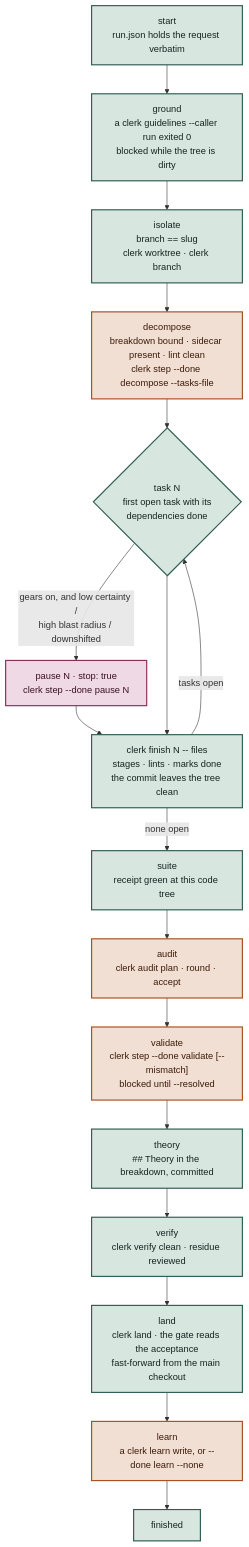
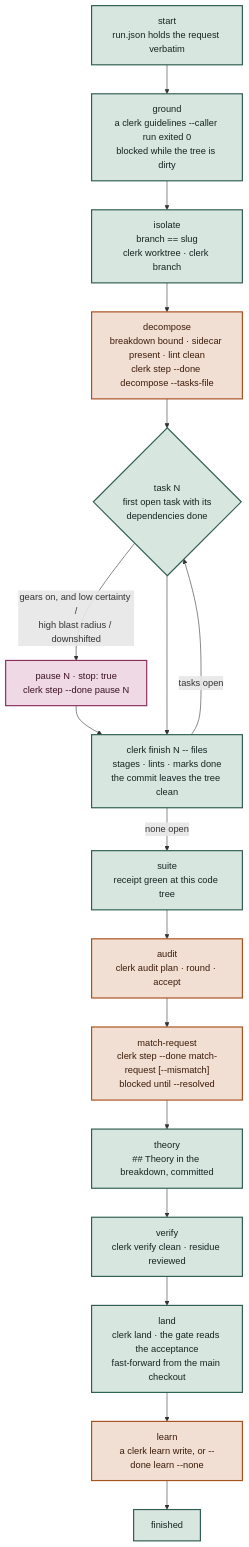
One commit to hpcsc/dotfiles changed the second of 5 diagrams in link/common/dot-config/.config/ai/method/README.md. Above: the diagram before and after it, drawn with Mermaid. The commit also changed other lines of this file and 11 other files, not shown here.

First line of the commit message:
Rename the validate step to match-request

````diff
--- a/link/common/dot-config/.config/ai/method/README.md
+++ b/link/common/dot-config/.config/ai/method/README.md
@@ -118,25 +118,25 @@
 ```mermaid
 flowchart TD
   START["start<br/>run.json holds the request verbatim"] --> GROUND
   GROUND["ground<br/>a clerk guidelines --caller run exited 0<br/>blocked while the tree is dirty"] --> ISOLATE
   ISOLATE["isolate<br/>branch == slug<br/>clerk worktree · clerk branch"] --> PLAN
   PLAN["decompose<br/>breakdown bound · sidecar present · lint clean<br/>clerk step --done decompose --tasks-file"] --> TASK
   TASK{"task N<br/>first open task with its<br/>dependencies done"} -->|"gears on, and low certainty /<br/>high blast radius / downshifted"| TESTS
   TESTS["pause N · stop: true<br/>clerk step --done pause N"] --> BUILD
   TASK --> BUILD["clerk finish N -- files<br/>stages · lints · marks done<br/>the commit leaves the tree clean"]
   BUILD -->|"tasks open"| TASK
   BUILD -->|"none open"| SUITE
   SUITE["suite<br/>receipt green at this code tree"] --> AUDIT
   AUDIT["audit<br/>clerk audit plan · round · accept"] --> VALIDATE
-  VALIDATE["validate<br/>clerk step --done validate [--mismatch]<br/>blocked until --resolved"] --> THEORY
+  VALIDATE["match-request<br/>clerk step --done match-request [--mismatch]<br/>blocked until --resolved"] --> THEORY
   THEORY["theory<br/>## Theory in the breakdown, committed"] --> VERIFY
   VERIFY["verify<br/>clerk verify clean · residue reviewed"] --> LAND
   LAND["land<br/>clerk land · the gate reads the acceptance<br/>fast-forward from the main checkout"] --> LEARN
   LEARN["learn<br/>a clerk learn write, or --done learn --none"] --> FIN["finished"]
   classDef derived fill:#D8E6E0,stroke:#2F5D50,stroke-width:2px,color:#132520
   classDef asserted fill:#F2DFD3,stroke:#A8501E,stroke-width:2px,color:#3A1A08
   classDef gate fill:#EFD9E4,stroke:#8A2E5D,stroke-width:2px,color:#3A1024
   class START,GROUND,ISOLATE,TASK,BUILD,SUITE,THEORY,VERIFY,LAND,FIN derived
   class PLAN,AUDIT,VALIDATE,LEARN asserted
   class TESTS gate
 ```
````
